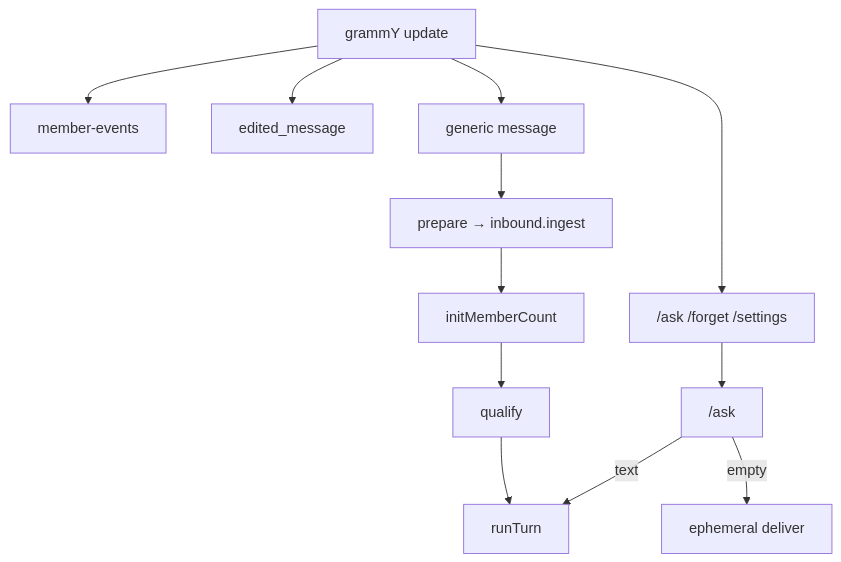
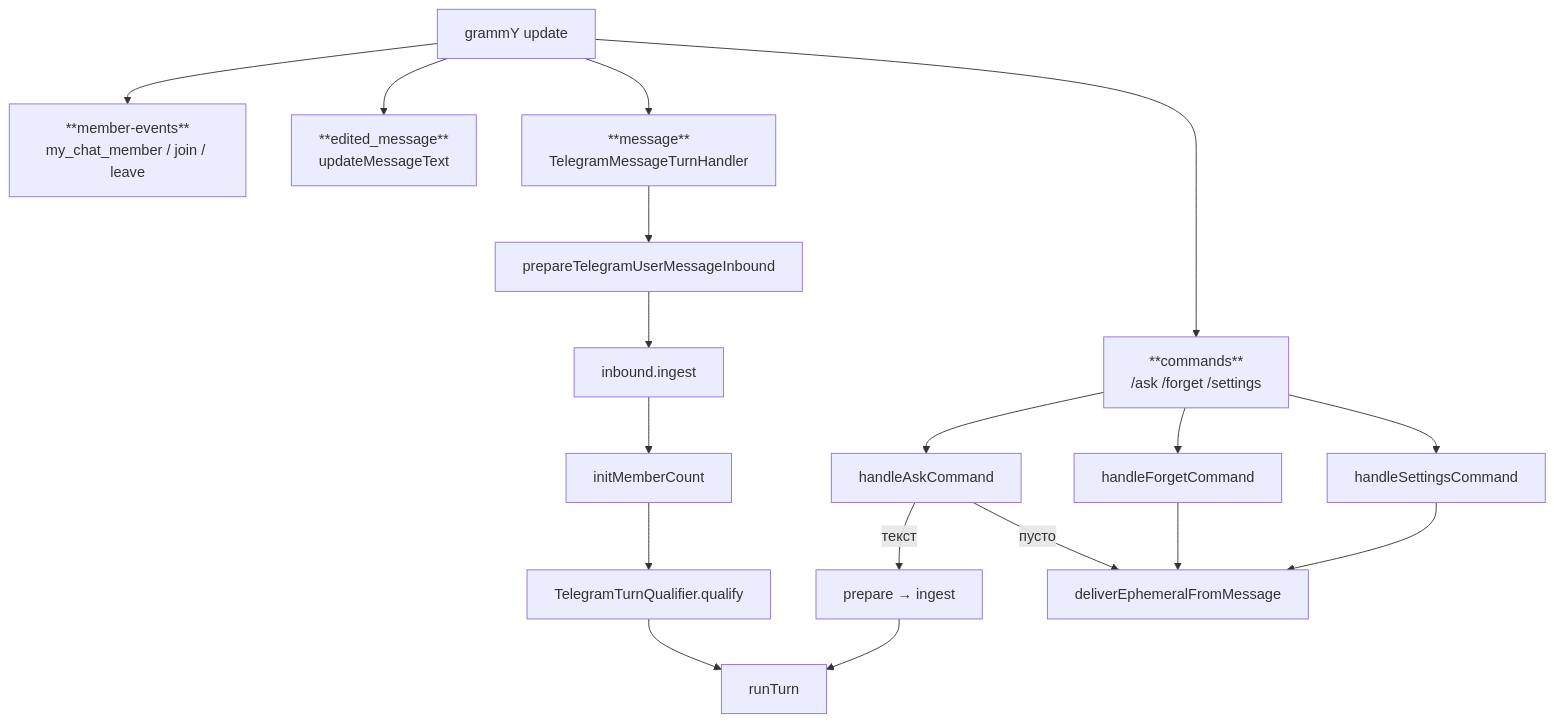
One commit to skepsik/utlas.design changed the second of 2 diagrams in content/transport/telegram.md. Above: the diagram before and after it, drawn with Mermaid. The commit also changed other lines of this file and 1 other file, not shown here.

````diff
--- a/content/transport/telegram.md
+++ b/content/transport/telegram.md
@@ -72,17 +89,23 @@
 ```mermaid
 flowchart TB
   UPD["grammY update"]
-  UPD --> MCM["member-events"]
-  UPD --> EDIT["edited_message"]
-  UPD --> CMD["/ask /forget /settings"]
-  UPD --> MSG["generic message"]
+  UPD --> MCM["**member-events**<br/>my_chat_member / join / leave"]
+  UPD --> EDIT["**edited_message**<br/>updateMessageText"]
+  UPD --> CMD["**commands**<br/>/ask /forget /settings"]
+  UPD --> MSG["**message**<br/>TelegramMessageTurnHandler"]
 
-  MSG --> ING["prepare → inbound.ingest"]
+  MSG --> PREP["prepareTelegramUserMessageInbound"]
+  PREP --> ING["inbound.ingest"]
   ING --> INIT["initMemberCount"]
-  INIT --> Q["qualify"]
+  INIT --> Q["TelegramTurnQualifier.qualify"]
   Q --> TURN["runTurn"]
 
-  CMD --> ASK["/ask"]
-  ASK -->|"text"| TURN
-  ASK -->|"empty"| EPH["ephemeral deliver"]
+  CMD --> ASK["handleAskCommand"]
+  ASK -->|"текст"| PREP2["prepare → ingest"] --> TURN
+  ASK -->|"пусто"| EPH["deliverEphemeralFromMessage"]
+
+  CMD --> FORGET["handleForgetCommand"]
+  CMD --> SET["handleSettingsCommand"]
+  FORGET --> EPH
+  SET --> EPH
 ```
````
